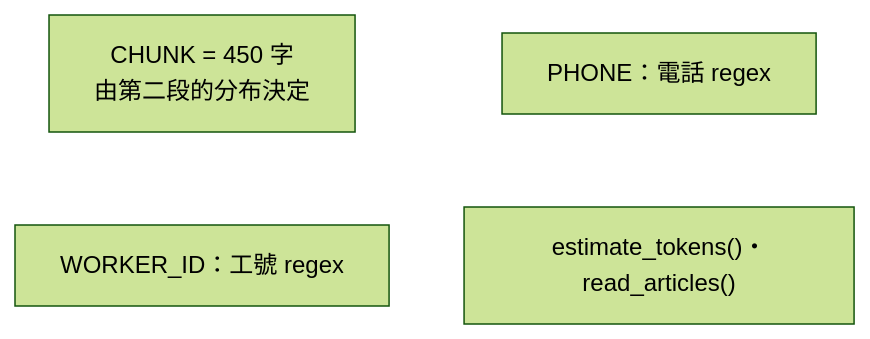
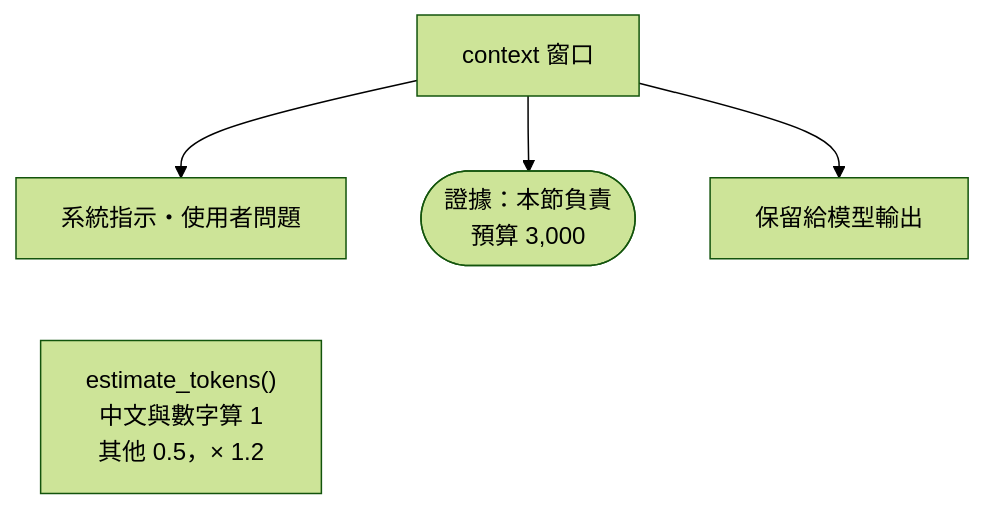
One commit to 4-learn/data-analysis-and-process-demo changed the third of 9 diagrams in docs/17.md. Above: the diagram before and after it, drawn with Mermaid (forest theme). The commit also changed other lines of this file and 189 other files, not shown here.

````diff
--- a/docs/17.md
+++ b/docs/17.md
@@ -50,11 +56,10 @@
 ```mermaid
 flowchart TD
-    A["CHUNK = 450 字<br/>由第二段的分布決定"]
-    B["PHONE：電話 regex"]
-    C["WORKER_ID：工號 regex"]
-    D["estimate_tokens()・read_articles()"]
-    A ~~~ C
-    B ~~~ D
+    W["context 窗口"] --> S["系統指示・使用者問題"]
+    W --> E(["證據：本節負責<br/>預算 3,000"])
+    W --> O["保留給模型輸出"]
+    T["estimate_tokens()<br/>中文與數字算 1<br/>其他 0.5，× 1.2"]
+    S ~~~ T
     classDef bad fill:#fde2e1,stroke:#c0392b
     classDef good fill:#ddf3e4,stroke:#27ae60
 ```
````
